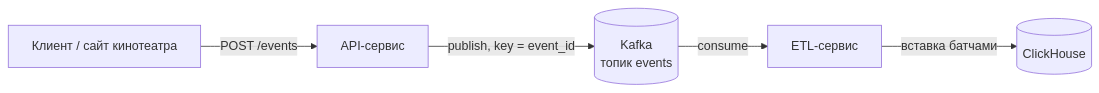
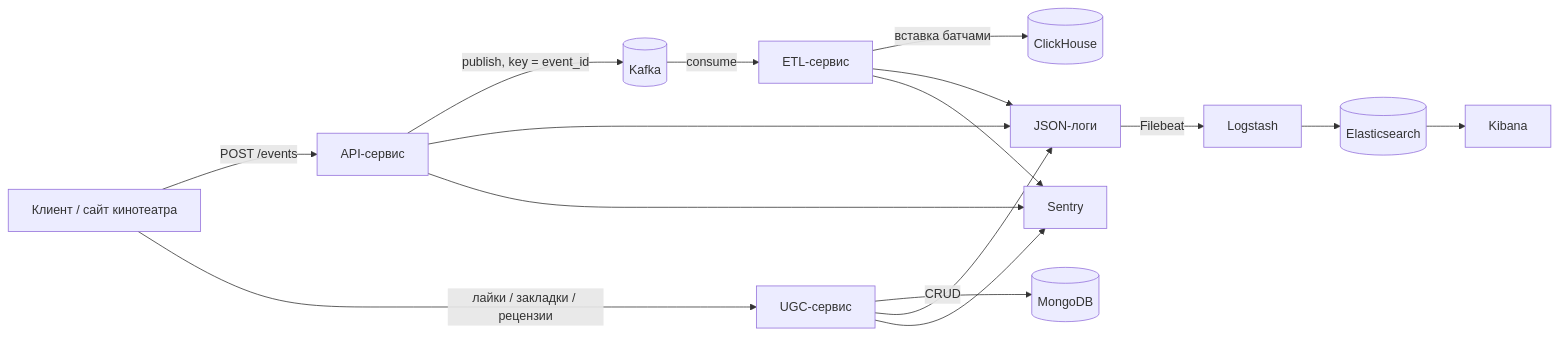
One commit to SiberianFalcon/ugc_sprint_2 changed the diagram in README.md. Above: the diagram before and after it, drawn with Mermaid. The commit also changed other lines of this file and 1 other file, not shown here.

First line of the commit message:
docs(readme): сервис контента, исследование, ELK, Sentry и CI

````diff
--- a/README.md
+++ b/README.md
@@ -112,7 +61,17 @@
 ```mermaid
 flowchart LR
-    client[Клиент / сайт кинотеатра] -->|POST /events| api[API-сервис]
-    api -->|publish, key = event_id| kafka[(Kafka<br/>топик events)]
+    client[Клиент / сайт кинотеатра]
+    client -->|POST /events| api[API-сервис]
+    client -->|лайки / закладки / рецензии| ugc[UGC-сервис]
+    api -->|publish, key = event_id| kafka[(Kafka)]
     kafka -->|consume| etl[ETL-сервис]
     etl -->|вставка батчами| ch[(ClickHouse)]
+    ugc -->|CRUD| mongo[(MongoDB)]
+    api --> logs[JSON-логи]
+    etl --> logs
+    ugc --> logs
+    logs -->|Filebeat| logstash[Logstash] --> es[(Elasticsearch)] --> kibana[Kibana]
+    api --> sentry[Sentry]
+    etl --> sentry
+    ugc --> sentry
 ```
````
